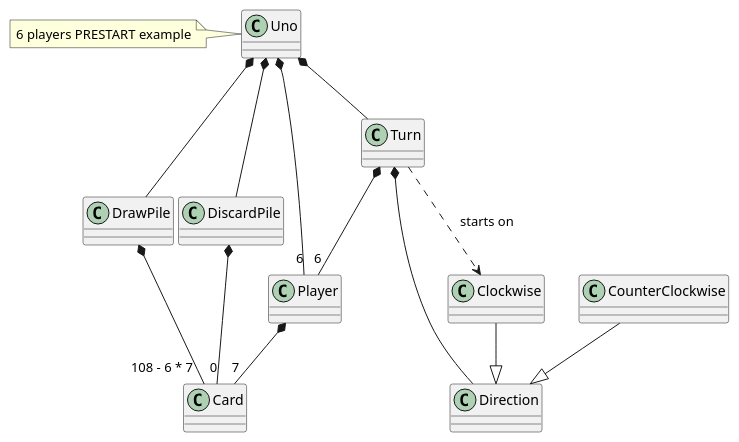
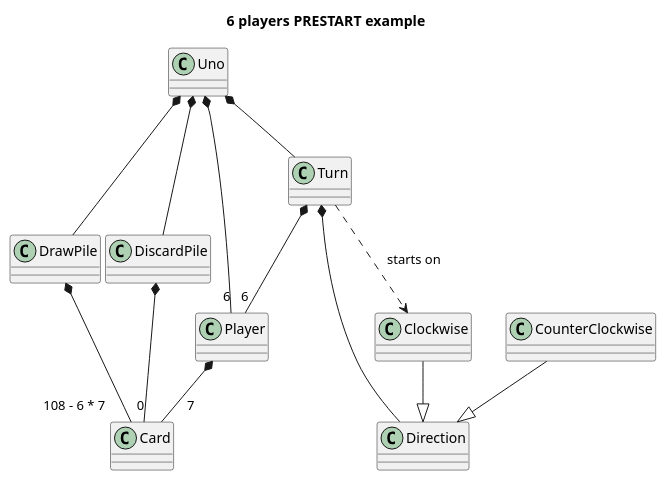
Before and after one commit to x-USantaTecla-game-uno/requirements: the diagram in UNO-DomainModel-Simple-PreStart.puml, drawn with PlantUML. The commit also changed 14 other files, not shown here.

```diff
--- a/UNO-DomainModel-Simple-PreStart.puml
+++ b/UNO-DomainModel-Simple-PreStart.puml
@@ -1,24 +1,23 @@
 @startuml
+
+title 6 players PRESTART example
 
 Uno *-- DrawPile
 Uno *-- DiscardPile
 Uno *-- "6" Player
 Uno *-- Turn
-
-note left of Uno : 6 players PRESTART example
 
 Turn *-- "6" Player
 Turn *-- Direction
 
 Turn ..> Clockwise : "starts on"
 
 Clockwise --|> Direction
 CounterClockwise --|> Direction
 
 
-Player *-- "7" Card
-
-DrawPile *-- "108 - 6 * 7" Card
+Player *-- "     7" Card
+DrawPile *-- "108 - 6 * 7    " Card
 DiscardPile *-- "0" Card
  
 @enduml
```
